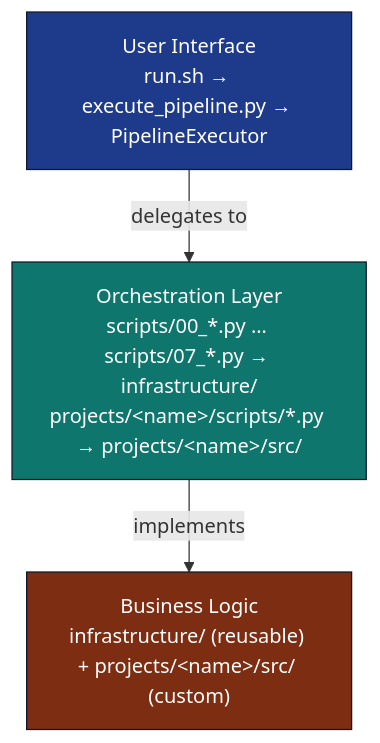
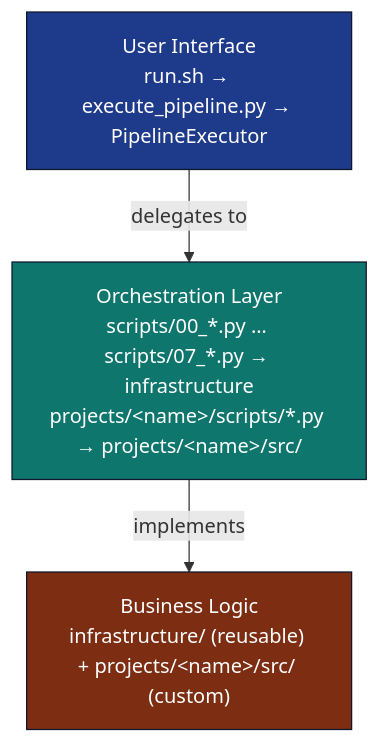
Before and after one commit to docxology/template: the first of 2 diagrams in docs/RUN_GUIDE.md, drawn with Mermaid. The commit also changed other lines of this file and 164 other files, not shown here.

````diff
--- a/docs/RUN_GUIDE.md
+++ b/docs/RUN_GUIDE.md
@@ -16,16 +16,16 @@
 ```mermaid
 flowchart TB
     UI["User Interface<br/>run.sh → execute_pipeline.py → PipelineExecutor"]
-    ORCH["Orchestration Layer<br/>scripts/00_*.py … scripts/07_*.py → infrastructure/<br/>projects/&lt;name&gt;/scripts/*.py → projects/&lt;name&gt;/src/"]
+    ORCH["Orchestration Layer<br/>scripts/00_*.py … scripts/07_*.py → infrastructure<br/>projects/&lt;name&gt;/scripts/*.py → projects/&lt;name&gt;/src/"]
     LOGIC["Business Logic<br/>infrastructure/ (reusable) + projects/&lt;name&gt;/src/ (custom)"]
 
     UI -- delegates to --> ORCH
     ORCH -- implements --> LOGIC
 
     classDef ui fill:#1e3a8a,stroke:#0f172a,color:#fff
     classDef orch fill:#0f766e,stroke:#0f172a,color:#fff
     classDef logic fill:#7c2d12,stroke:#0f172a,color:#fff
     class UI ui
     class ORCH orch
     class LOGIC logic
 ```
````
